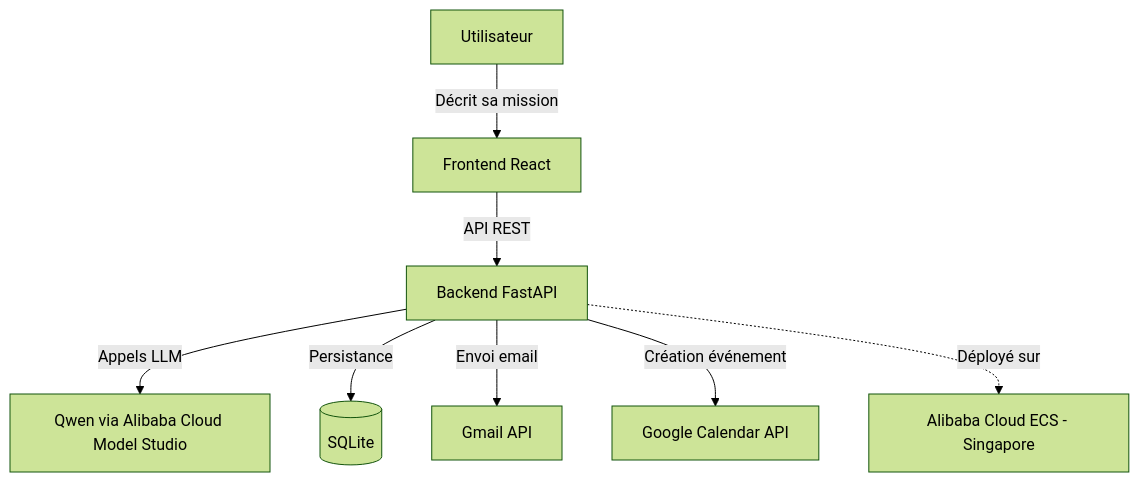
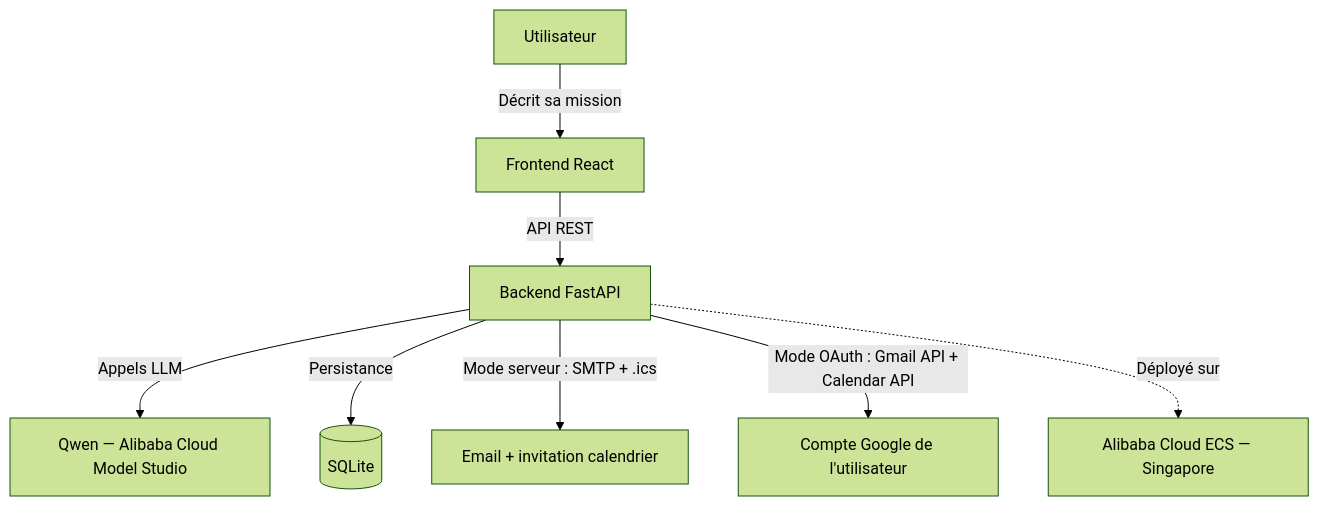
Before and after one commit to Alain-Tchougbo/Astrios: the diagram in README.md, drawn with Mermaid (forest theme). The commit also changed other lines of this file and 1 other file, not shown here.

````diff
--- a/README.md
+++ b/README.md
@@ -23,10 +50,10 @@
 ```mermaid
 graph TD
     U[Utilisateur] -->|Décrit sa mission| FE[Frontend React]
     FE -->|API REST| BE[Backend FastAPI]
-    BE -->|Appels LLM| QW[Qwen via Alibaba Cloud Model Studio]
+    BE -->|Appels LLM| QW[Qwen — Alibaba Cloud Model Studio]
     BE -->|Persistance| DB[(SQLite)]
-    BE -->|Envoi email| GM[Gmail API]
-    BE -->|Création événement| GC[Google Calendar API]
-    BE -.->|Déployé sur| AC[Alibaba Cloud ECS - Singapore]
+    BE -->|Mode serveur : SMTP + .ics| SM[Email + invitation calendrier]
+    BE -->|Mode OAuth : Gmail API + Calendar API| GG[Compte Google de l'utilisateur]
+    BE -.->|Déployé sur| AC[Alibaba Cloud ECS — Singapore]
 ```
````
